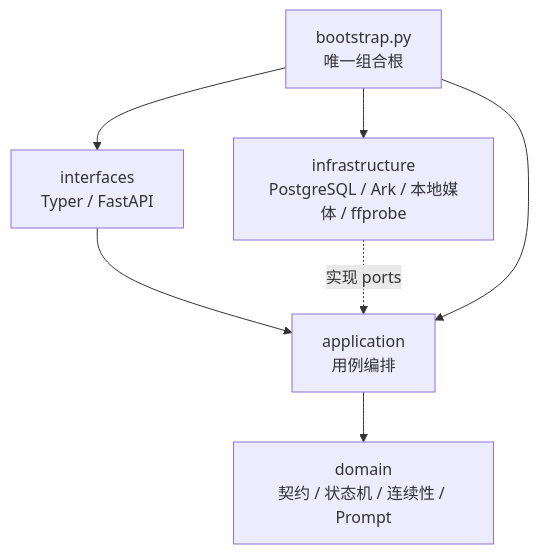
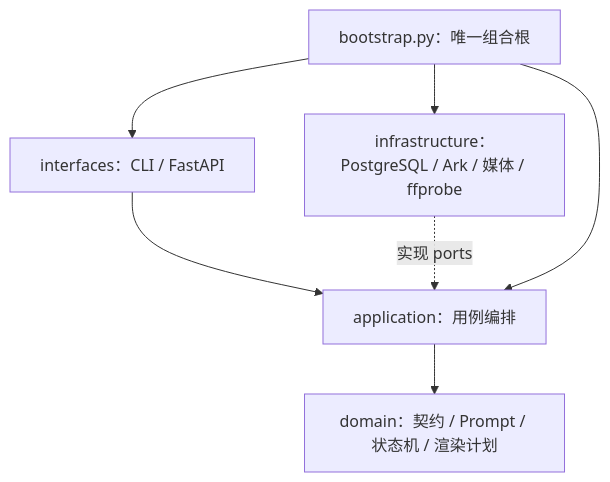
The diagram in docs/architecture/ADR-001-explicit-workflow.md (ylqit/cat-video-generator), drawn with Mermaid before and after one commit. The commit also changed other lines of this file and 81 other files, not shown here.

````diff
--- a/docs/architecture/ADR-001-explicit-workflow.md
+++ b/docs/architecture/ADR-001-explicit-workflow.md
@@ -22,9 +11,9 @@
 ```mermaid
 flowchart TB
-    I["interfaces<br/>Typer / FastAPI"] --> A["application<br/>用例编排"]
-    A --> D["domain<br/>契约 / 状态机 / 连续性 / Prompt"]
-    X["infrastructure<br/>PostgreSQL / Ark / 本地媒体 / ffprobe"] -. "实现 ports" .-> A
-    B["bootstrap.py<br/>唯一组合根"] --> I
-    B --> A
-    B --> X
+  I["interfaces：CLI / FastAPI"] --> A["application：用例编排"]
+  A --> D["domain：契约 / Prompt / 状态机 / 渲染计划"]
+  X["infrastructure：PostgreSQL / Ark / 媒体 / ffprobe"] -. "实现 ports" .-> A
+  B["bootstrap.py：唯一组合根"] --> I
+  B --> A
+  B --> X
 ```
````
